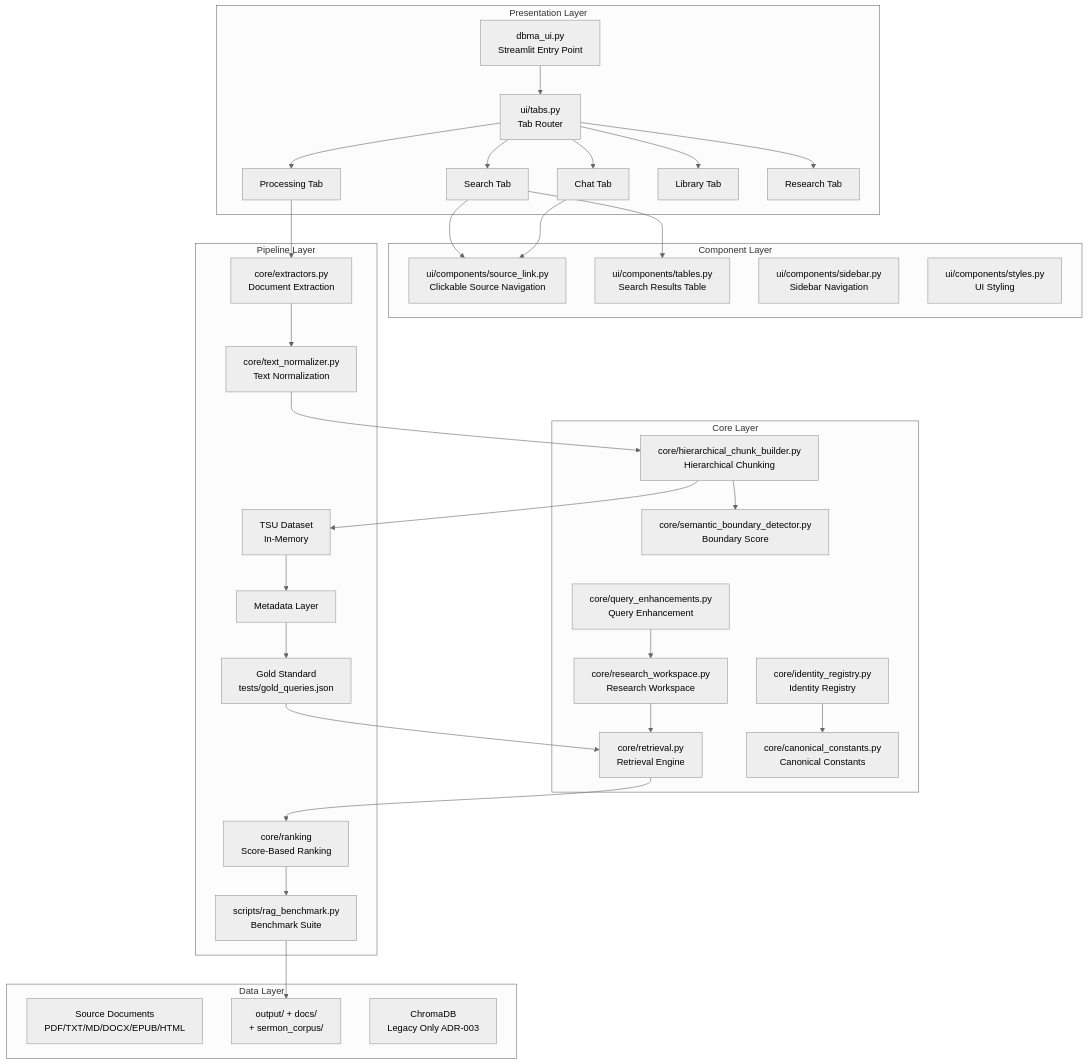
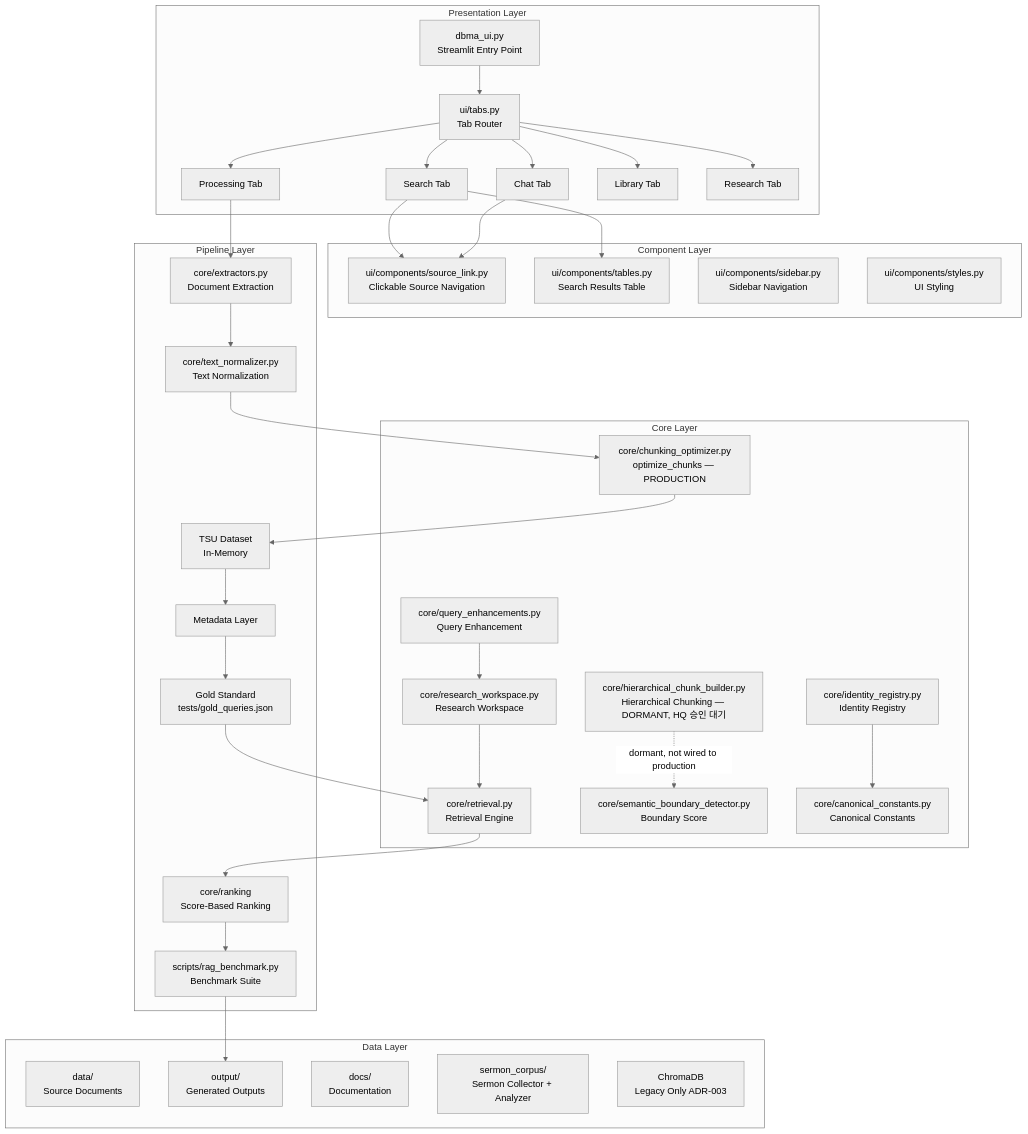
One commit to nkbang/DBMA changed the first of 11 diagrams in docs/ARCHITECTURE_DIAGRAM.md. Above: the diagram before and after it, drawn with Mermaid (neutral theme). The commit also changed other lines of this file, not shown here.

First line of the commit message:
fix: ARCHITECTURE_DIAGRAM.md의 사실관계 오류 정정

````diff
--- a/docs/ARCHITECTURE_DIAGRAM.md
+++ b/docs/ARCHITECTURE_DIAGRAM.md
@@ -5,72 +5,75 @@
 ```mermaid
 graph TB
     subgraph "Presentation Layer"
         UI[dbma_ui.py<br/>Streamlit Entry Point]
         Tabs[ui/tabs.py<br/>Tab Router]
         Processing[Processing Tab]
         Search[Search Tab]
         Chat[Chat Tab]
         Library[Library Tab]
         Research[Research Tab]
     end
 
     subgraph "Component Layer"
         SourceLink[ui/components/source_link.py<br/>Clickable Source Navigation]
         Tables[ui/components/tables.py<br/>Search Results Table]
         Sidebar[ui/components/sidebar.py<br/>Sidebar Navigation]
         Styles[ui/components/styles.py<br/>UI Styling]
     end
 
     subgraph "Core Layer"
         QueryEnh[core/query_enhancements.py<br/>Query Enhancement]
         ResearchWS[core/research_workspace.py<br/>Research Workspace]
         Retrieval[core/retrieval.py<br/>Retrieval Engine]
-        HierChunk[core/hierarchical_chunk_builder.py<br/>Hierarchical Chunking]
+        ChunkOpt[core/chunking_optimizer.py<br/>optimize_chunks — PRODUCTION]
+        HierChunk[core/hierarchical_chunk_builder.py<br/>Hierarchical Chunking — DORMANT, HQ 승인 대기]
         Boundary[core/semantic_boundary_detector.py<br/>Boundary Score]
         Identity[core/identity_registry.py<br/>Identity Registry]
         Constants[core/canonical_constants.py<br/>Canonical Constants]
     end
 
     subgraph "Pipeline Layer"
         Extraction[core/extractors.py<br/>Document Extraction]
         Normalization[core/text_normalizer.py<br/>Text Normalization]
         TSU[TSU Dataset<br/>In-Memory]
         Metadata[Metadata Layer]
         GoldStandard[Gold Standard<br/>tests/gold_queries.json]
         Ranking[core/ranking<br/>Score-Based Ranking]
         Benchmark[scripts/rag_benchmark.py<br/>Benchmark Suite]
     end
 
     subgraph "Data Layer"
-        SourceDocs[Source Documents<br/>PDF/TXT/MD/DOCX/EPUB/HTML]
-        Output[output/ + docs/<br/>+ sermon_corpus/]
+        SourceDocs[data/<br/>Source Documents]
+        Output[output/<br/>Generated Outputs]
+        Docs[docs/<br/>Documentation]
+        SermonCorpus[sermon_corpus/<br/>Sermon Collector + Analyzer]
         Chroma[ChromaDB<br/>Legacy Only ADR-003]
     end
 
     UI --> Tabs
     Tabs --> Processing
     Tabs --> Search
     Tabs --> Chat
     Tabs --> Library
     Tabs --> Research
 
     Search --> SourceLink
     Search --> Tables
     Chat --> SourceLink
 
     Processing --> Extraction
     Extraction --> Normalization
-    Normalization --> HierChunk
-    HierChunk --> Boundary
-    HierChunk --> TSU
+    Normalization --> ChunkOpt
+    ChunkOpt --> TSU
+    HierChunk -.dormant, not wired to production.-> Boundary
     TSU --> Metadata
     Metadata --> GoldStandard
     GoldStandard --> Retrieval
     Retrieval --> Ranking
     Ranking --> Benchmark
     Benchmark --> Output
 
     QueryEnh --> ResearchWS
     ResearchWS --> Retrieval
     Identity --> Constants
 ```
````
